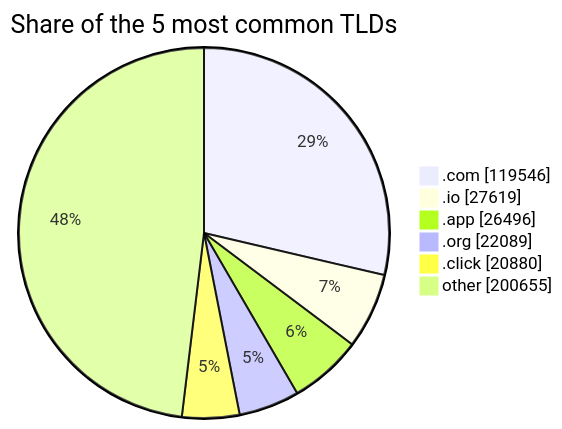
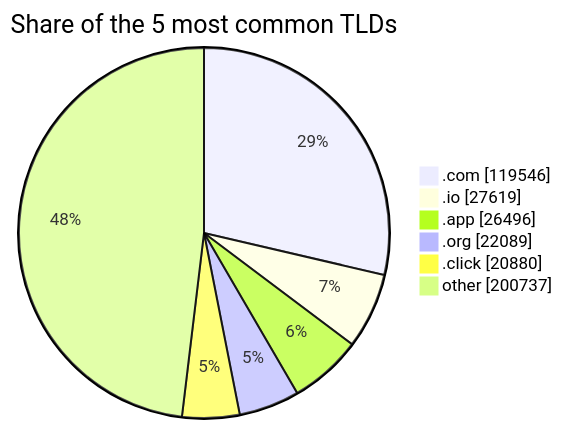
The third of 3 diagrams in README.md (DNSBunker/CTI), drawn with Mermaid before and after one commit. The commit also changed other lines of this file and 3 other files, not shown here.

````diff
--- a/README.md
+++ b/README.md
@@ -81,9 +81,9 @@
 ```mermaid
 pie showData title Share of the 5 most common TLDs
     ".com" : 119546
     ".io" : 27619
     ".app" : 26496
     ".org" : 22089
     ".click" : 20880
-    "other" : 200655
+    "other" : 200737
 ```
````
